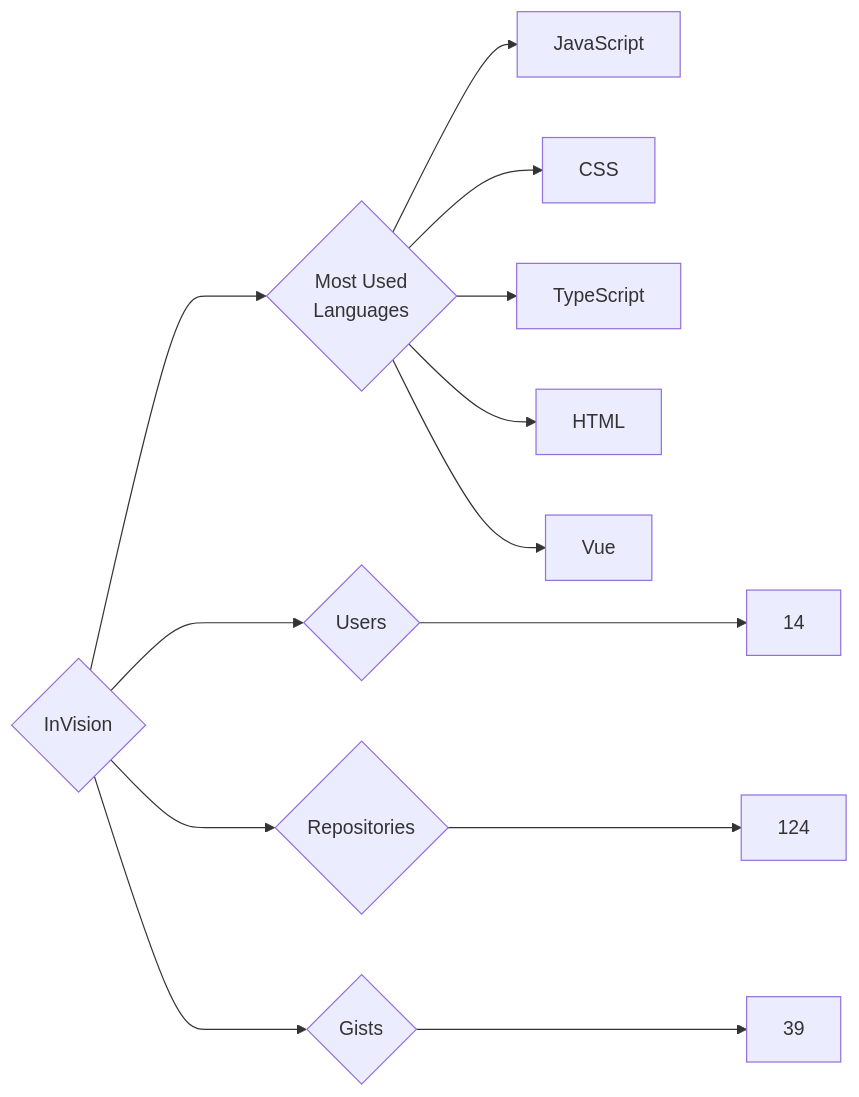
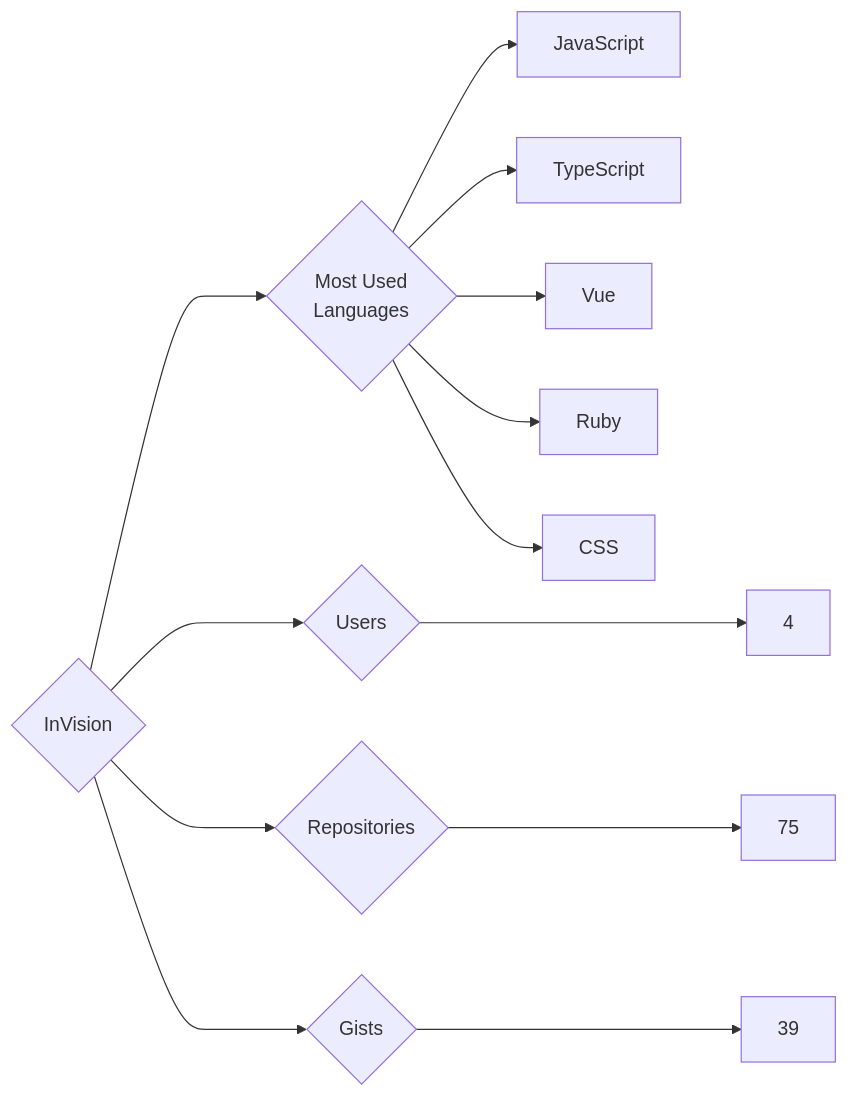
Before and after one commit to trickest/insiders: the diagram in targets/InVision/README.md, drawn with Mermaid. The commit also changed 676 other files, not shown here.

````diff
--- a/targets/InVision/README.md
+++ b/targets/InVision/README.md
@@ -3,13 +3,13 @@
 ```mermaid
 graph LR
 COMPANY_NAME{InVision}
-COMPANY_NAME ---> U{Users} ---> UN[14]
-COMPANY_NAME ---> R{Repositories} ---> RN[124]
+COMPANY_NAME ---> U{Users} ---> UN[4]
+COMPANY_NAME ---> R{Repositories} ---> RN[75]
 COMPANY_NAME ---> G{Gists} ---> GN[39]
 COMPANY_NAME ---> ML{Most Used<br>Languages}
 ML --> JavaScript[JavaScript]
+ML --> TypeScript[TypeScript]
+ML --> Vue[Vue]
+ML --> Ruby[Ruby]
 ML --> CSS[CSS]
-ML --> TypeScript[TypeScript]
-ML --> HTML[HTML]
-ML --> Vue[Vue]
 ```
````
